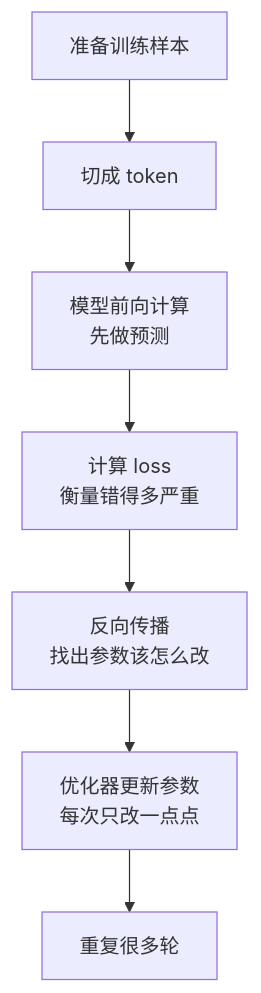
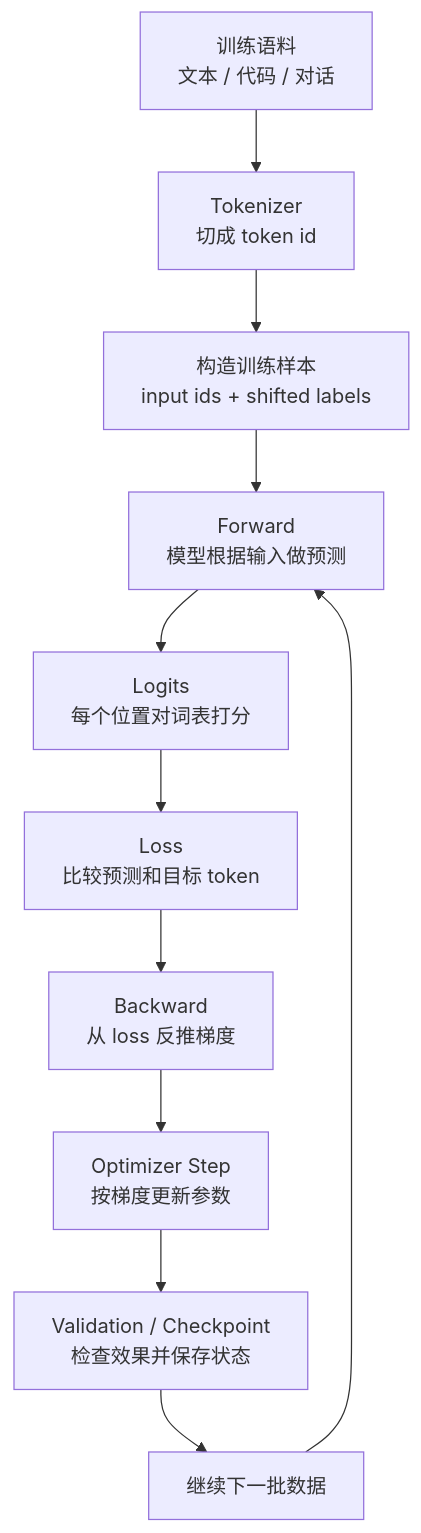
The diagram in docs/02-ai-workloads/training-primer.md (AmourSec/aikg), drawn with Mermaid before and after one commit. The commit also changed other lines of this file and 7 other files, not shown here.

````diff
--- a/docs/02-ai-workloads/training-primer.md
+++ b/docs/02-ai-workloads/training-primer.md
@@ -35,9 +57,13 @@
 ```mermaid
 flowchart TD
-  A["准备训练样本"] --> B["切成 token"]
-  B --> C["模型前向计算<br/>先做预测"]
-  C --> D["计算 loss<br/>衡量错得多严重"]
-  D --> E["反向传播<br/>找出参数该怎么改"]
-  E --> F["优化器更新参数<br/>每次只改一点点"]
-  F --> G["重复很多轮"]
+    A["训练语料<br/>文本 / 代码 / 对话"] --> B["Tokenizer<br/>切成 token id"]
+    B --> C["构造训练样本<br/>input ids + shifted labels"]
+    C --> D["Forward<br/>模型根据输入做预测"]
+    D --> E["Logits<br/>每个位置对词表打分"]
+    E --> F["Loss<br/>比较预测和目标 token"]
+    F --> G["Backward<br/>从 loss 反推梯度"]
+    G --> H["Optimizer Step<br/>按梯度更新参数"]
+    H --> I["Validation / Checkpoint<br/>检查效果并保存状态"]
+    I --> J["继续下一批数据"]
+    J --> D
 ```
````
